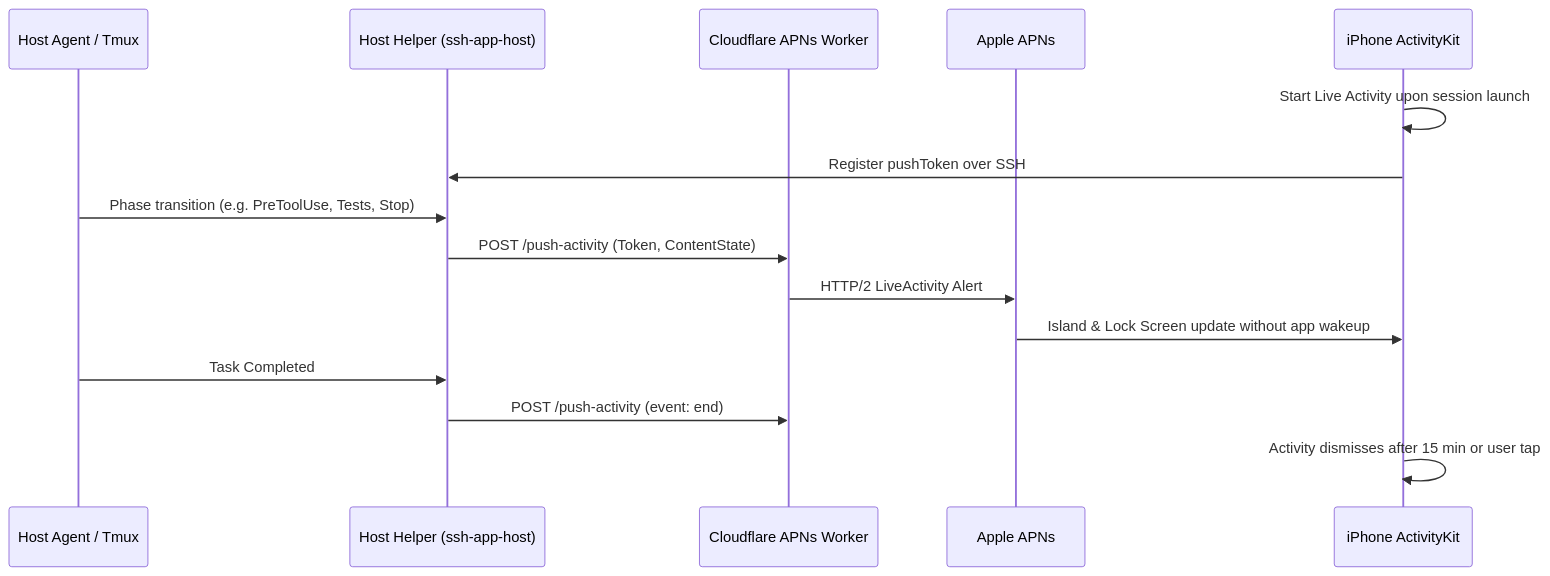
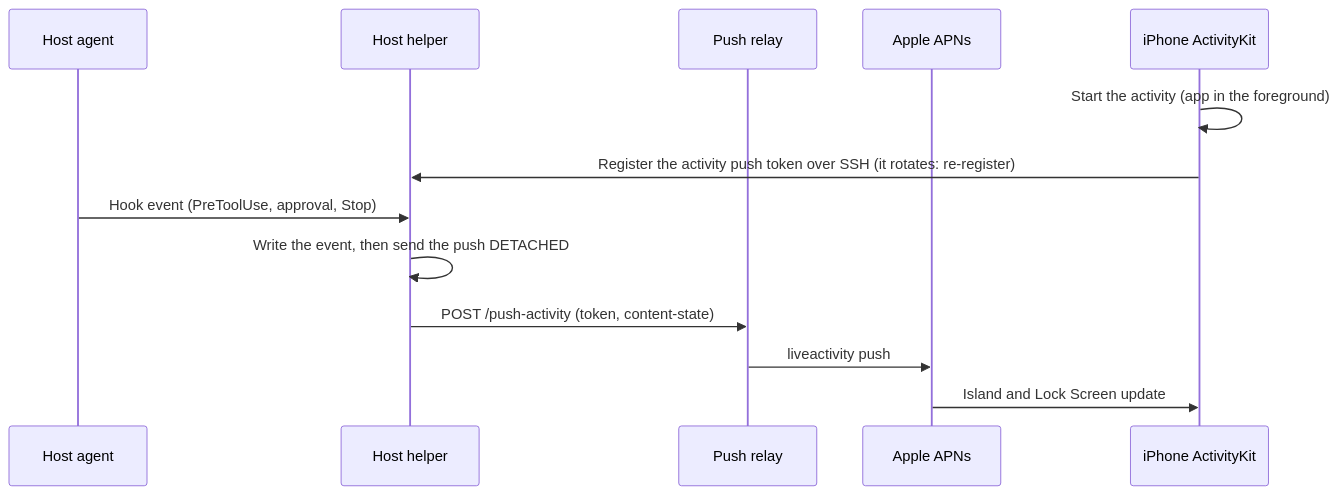
One commit to rvg44wczyw-coder/ssh-app changed the diagram in docs/features/39-live-activities-and-dynamic-island.md. Above: the diagram before and after it, drawn with Mermaid. The commit also changed other lines of this file and 8 other files, not shown here.

Commit message:
docs,ios: spec bodies 37-43, 45-49 rewritten after rev (no trailing corrections), docker log scrub, App Switcher privacy cover (SEC-02)

````diff
--- a/docs/features/39-live-activities-and-dynamic-island.md
+++ b/docs/features/39-live-activities-and-dynamic-island.md
@@ -144,18 +94,16 @@
 ```mermaid
 sequenceDiagram
-    participant Agent as Host Agent / Tmux
-    participant Helper as Host Helper (ssh-app-host)
-    participant Worker as Cloudflare APNs Worker
+    participant Agent as Host agent
+    participant Helper as Host helper
+    participant Worker as Push relay
     participant APNs as Apple APNs
     participant Phone as iPhone ActivityKit
 
-    Phone->>Phone: Start Live Activity upon session launch
-    Phone->>Helper: Register pushToken over SSH
-    Agent->>Helper: Phase transition (e.g. PreToolUse, Tests, Stop)
-    Helper->>Worker: POST /push-activity (Token, ContentState)
-    Worker->>APNs: HTTP/2 LiveActivity Alert
-    APNs->>Phone: Island & Lock Screen update without app wakeup
-    Agent->>Helper: Task Completed
-    Helper->>Worker: POST /push-activity (event: end)
-    Phone->>Phone: Activity dismisses after 15 min or user tap
+    Phone->>Phone: Start the activity (app in the foreground)
+    Phone->>Helper: Register the activity push token over SSH (it rotates: re-register)
+    Agent->>Helper: Hook event (PreToolUse, approval, Stop)
+    Helper->>Helper: Write the event, then send the push DETACHED
+    Helper->>Worker: POST /push-activity (token, content-state)
+    Worker->>APNs: liveactivity push
+    APNs->>Phone: Island and Lock Screen update
 ```
````
